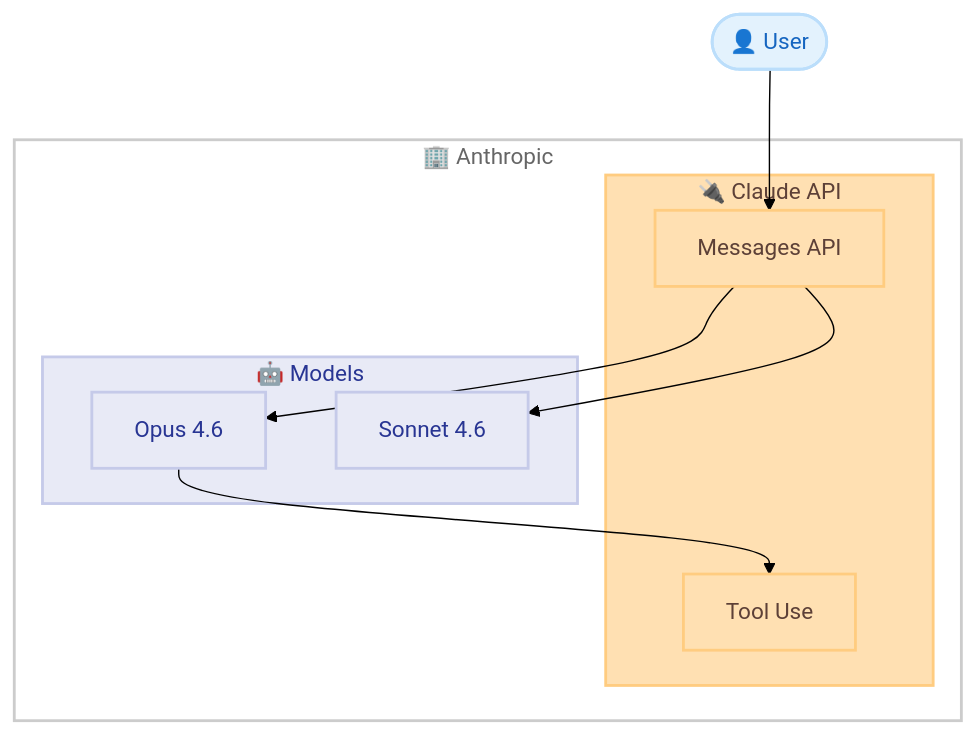
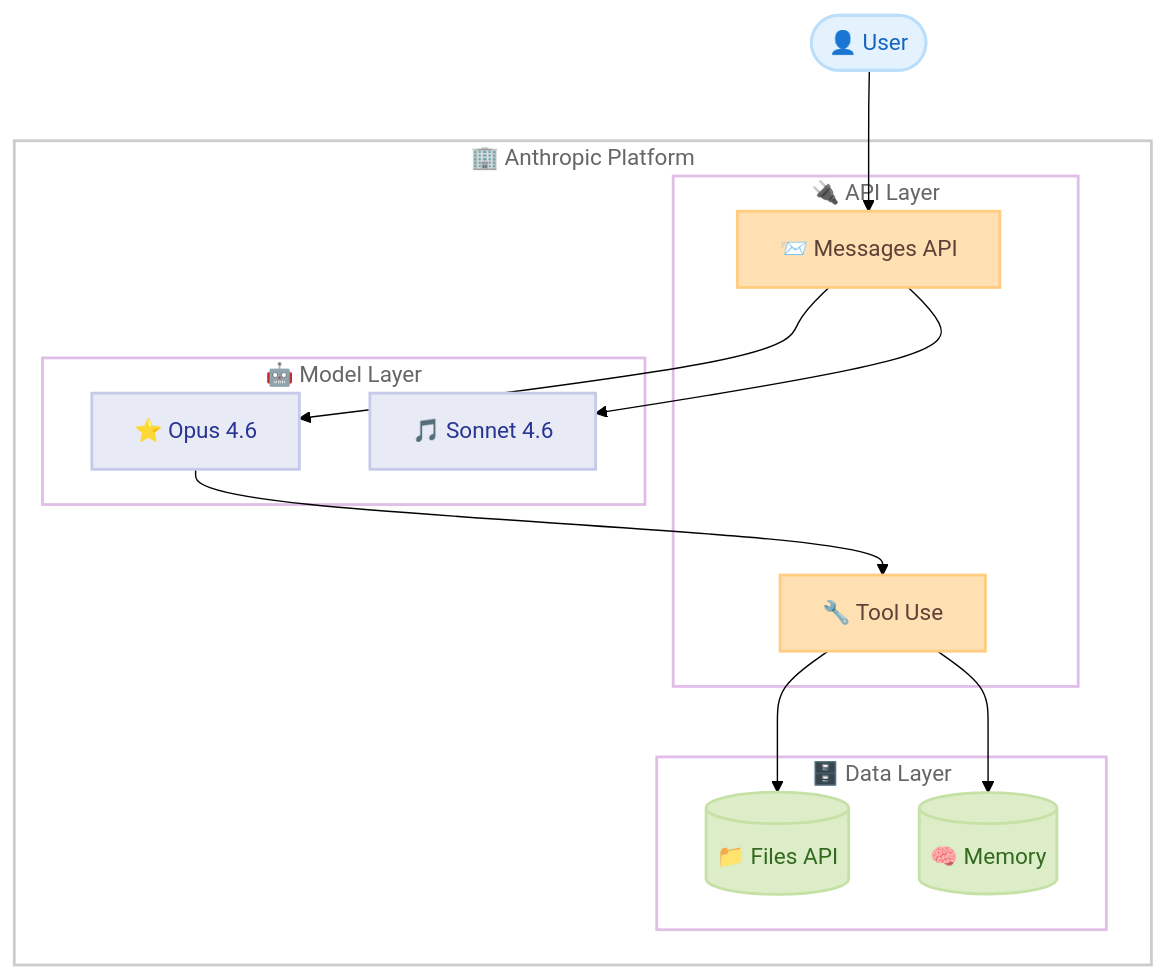
Before and after one commit to takech9203/anthropic-news-summary: the second of 3 diagrams in CLAUDE.md, drawn with Mermaid (forest theme). The commit also changed other lines of this file, not shown here.

Commit message:
docs: improve Mermaid diagram templates with better styling
- Add more classDef definitions (layer, storage, etc.)
- Use cylinder shapes for data storage components
- Add emojis to model names for visual distinction
- Align with aws-news-summary diagram conventions

````diff
--- a/CLAUDE.md
+++ b/CLAUDE.md
@@ -206,28 +206,42 @@
 ```mermaid
 flowchart TD
-    subgraph Anthropic["🏢 Anthropic"]
-        subgraph API["🔌 Claude API"]
-            Messages["Messages API"]
-            Tools["Tool Use"]
+    subgraph Anthropic["🏢 Anthropic Platform"]
+        subgraph API["🔌 API Layer"]
+            Messages["📨 Messages API"]
+            Tools["🔧 Tool Use"]
         end
-        subgraph Models["🤖 Models"]
-            Opus["Opus 4.6"]
-            Sonnet["Sonnet 4.6"]
+        subgraph Models["🤖 Model Layer"]
+            Opus["⭐ Opus 4.6"]
+            Sonnet["🎵 Sonnet 4.6"]
+        end
+        subgraph Storage["🗄️ Data Layer"]
+            Files[("📁 Files API")]
+            Memory[("🧠 Memory")]
         end
     end
 
     User(["👤 User"]) --> Messages
     Messages --> Opus
     Messages --> Sonnet
     Opus --> Tools
+    Tools --> Files
+    Tools --> Memory
 
-    classDef company fill:none,stroke:#CCCCCC,stroke-width:2px,color:#666666
+    classDef platform fill:none,stroke:#CCCCCC,stroke-width:2px,color:#666666
+    classDef layer fill:none,stroke:#E1BEE7,stroke-width:2px,color:#666666
     classDef api fill:#FFE0B2,stroke:#FFCC80,stroke-width:2px,color:#5D4037
     classDef model fill:#E8EAF6,stroke:#C5CAE9,stroke-width:2px,color:#283593
+    classDef storage fill:#DCEDC8,stroke:#C5E1A5,stroke-width:2px,color:#33691E
     classDef user fill:#E3F2FD,stroke:#BBDEFB,stroke-width:2px,color:#1565C0
+    classDef process fill:#FFFFFF,stroke:#4A90E2,stroke-width:2px,color:#333333
+    classDef internal fill:#E8F1FF,stroke:#4A90E2,stroke-width:2px,color:#333333
+    classDef input fill:#E9F7EC,stroke:#66BB6A,stroke-width:2px,color:#333333
+    classDef decision fill:#F3E5F5,stroke:#7B61FF,stroke-width:2px,color:#333333
 
-    class Anthropic company
-    class API,Messages,Tools api
-    class Models,Opus,Sonnet model
+    class Anthropic platform
+    class API,Models,Storage layer
+    class Messages,Tools api
+    class Opus,Sonnet model
+    class Files,Memory storage
     class User user
 ```
````
